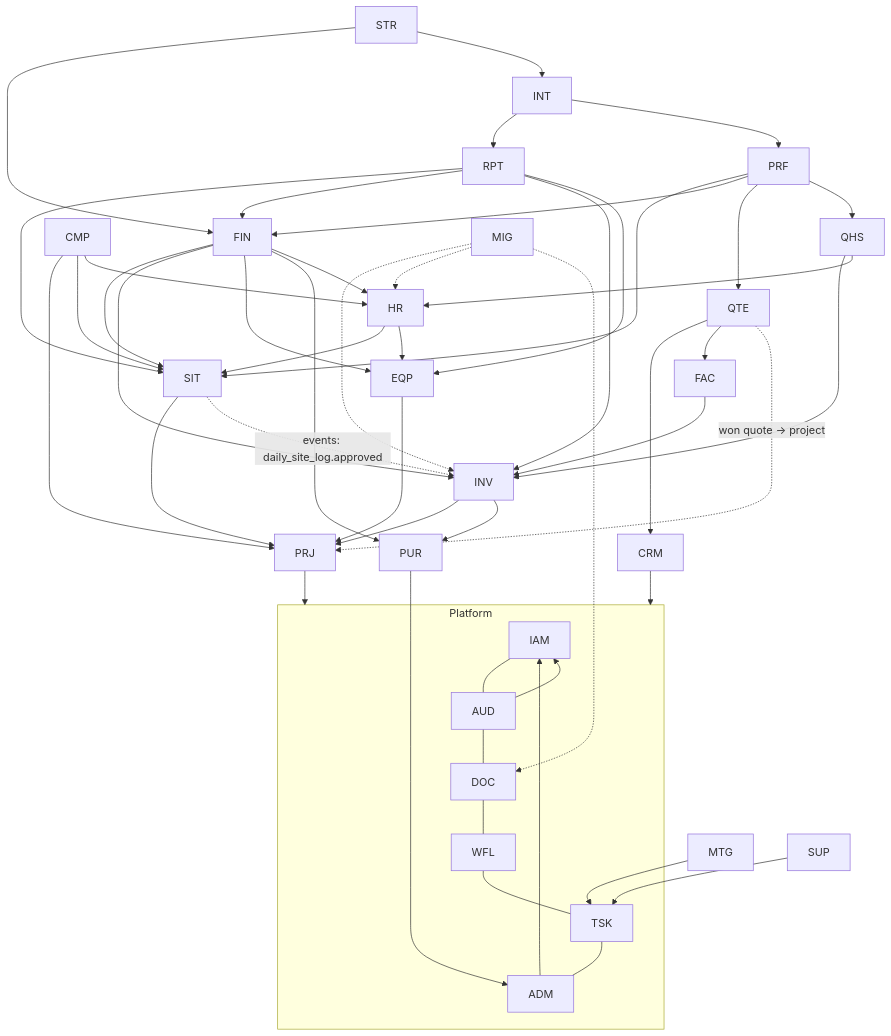
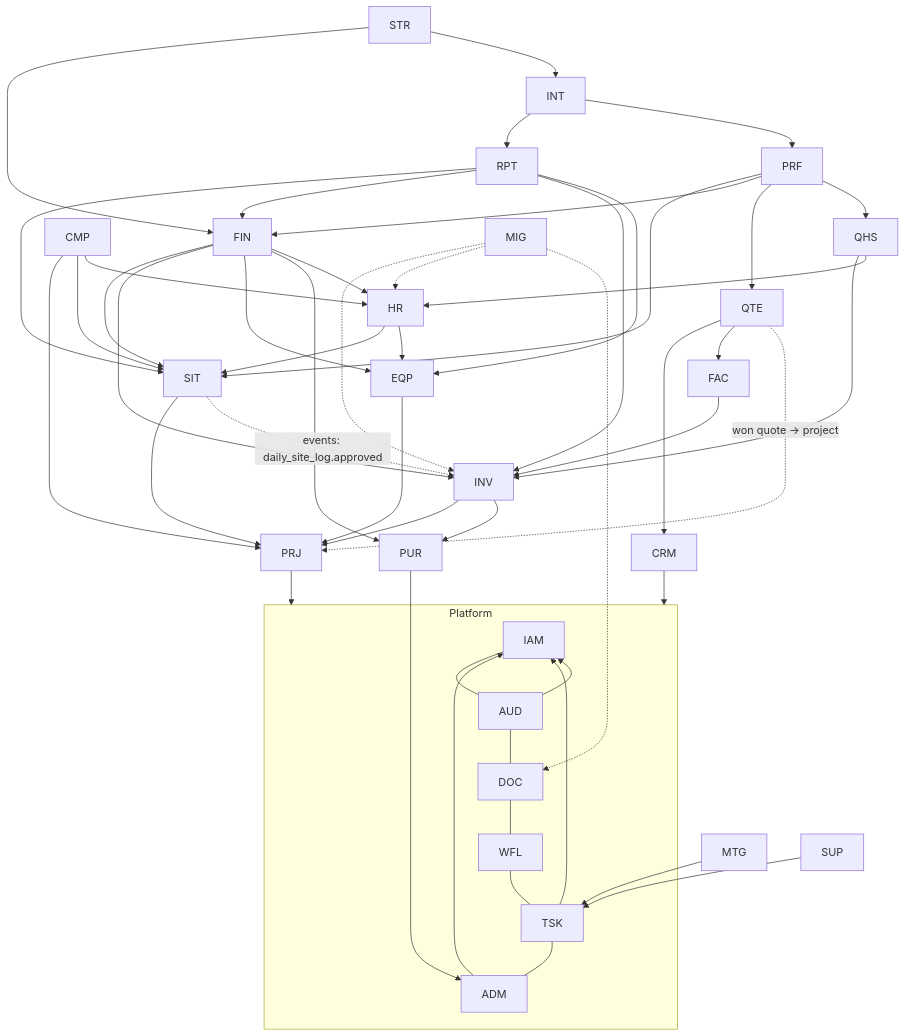
One commit to erenkarakoc/geoges-panel changed the diagram in docs/architecture/MODULE_MAP.md. Above: the diagram before and after it, drawn with Mermaid. The commit also changed other lines of this file and 26 other files, not shown here.

````diff
--- a/docs/architecture/MODULE_MAP.md
+++ b/docs/architecture/MODULE_MAP.md
@@ -47,50 +47,51 @@
 ```mermaid
 flowchart TB
   subgraph PLATFORM[Platform]
     IAM --- AUD --- DOC --- WFL --- TSK --- ADM
   end
   AUD --> IAM
   ADM --> IAM
+  TSK --> IAM
 
   PRJ --> PLATFORM
   SIT --> PRJ
   PUR --> ADM
   INV --> PRJ
   INV --> PUR
   SIT -. "events: daily_site_log.approved" .-> INV
   FAC --> INV
   EQP --> PRJ
   FIN --> SIT
   FIN --> INV
   FIN --> EQP
   FIN --> PUR
   HR --> SIT
   HR --> EQP
   FIN --> HR
   CRM --> PLATFORM
   QTE --> CRM
   QTE --> FAC
   QTE -. "won quote → project" .-> PRJ
   CMP --> PRJ
   CMP --> SIT
   CMP --> HR
   QHS --> INV
   QHS --> HR
   MTG --> TSK
   SUP --> TSK
   RPT --> SIT
   RPT --> FIN
   RPT --> INV
   RPT --> EQP
   PRF --> SIT
   PRF --> FIN
   PRF --> QTE
   PRF --> QHS
   INT --> RPT
   INT --> PRF
   STR --> FIN
   STR --> INT
   MIG -.-> INV
   MIG -.-> HR
   MIG -.-> DOC
 ```
````
